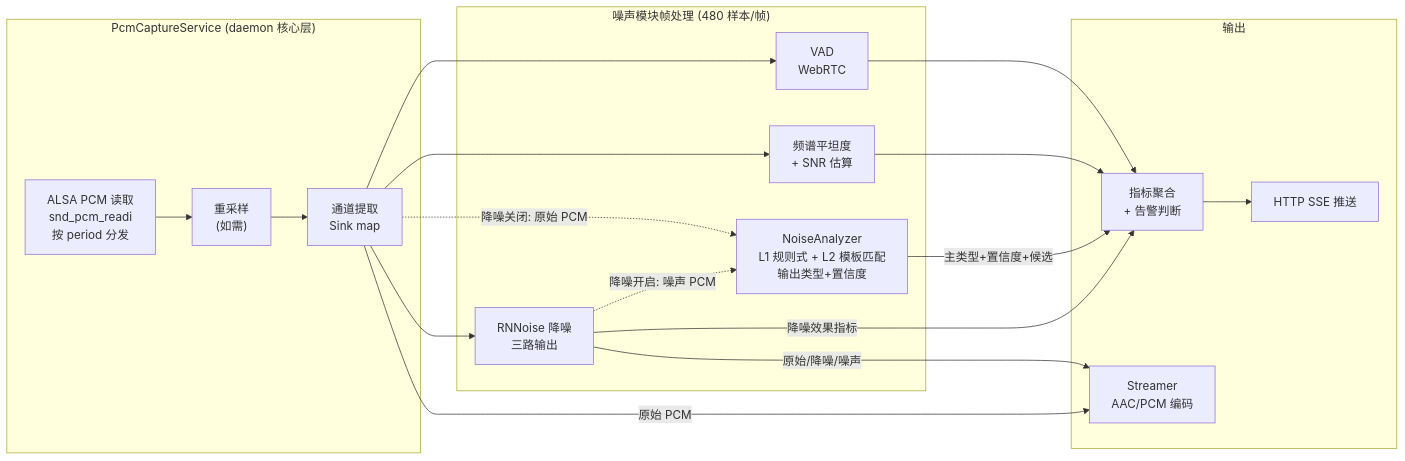
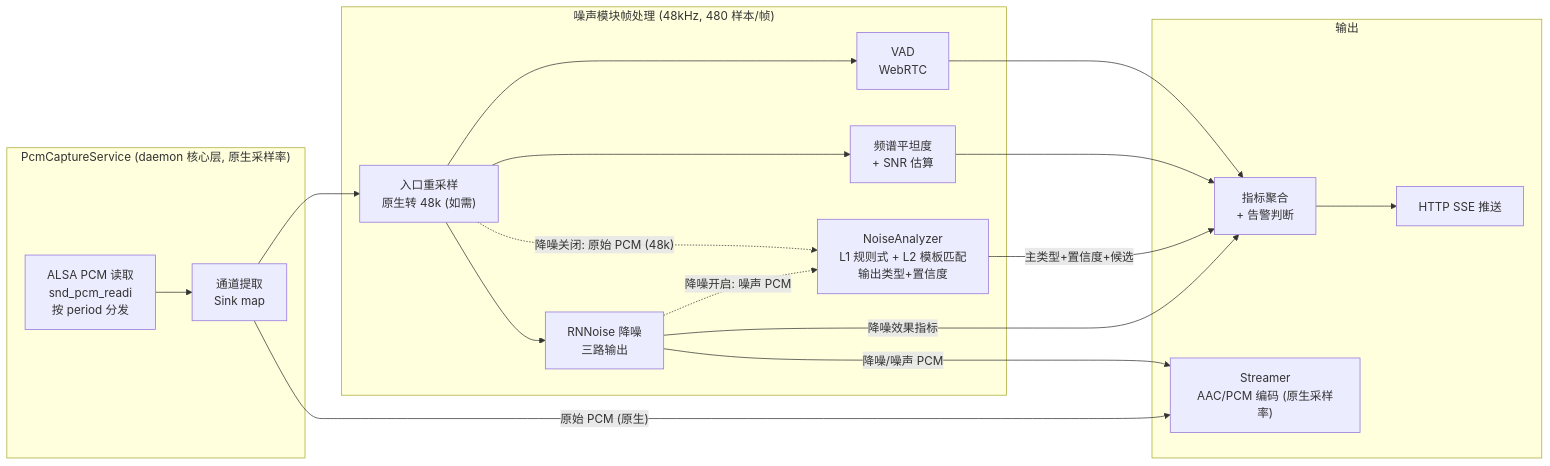
One commit to JunJunHub/aes67-linux-daemon changed the sixth of 6 diagrams in docs/noise/architecture-design.md. Above: the diagram before and after it, drawn with Mermaid. The commit also changed other lines of this file and 2 other files, not shown here.

````diff
--- a/docs/noise/architecture-design.md
+++ b/docs/noise/architecture-design.md
@@ -994,35 +1069,36 @@
 ```mermaid
 flowchart LR
-    subgraph 截取["PcmCaptureService (daemon 核心层)"]
+    subgraph 截取["PcmCaptureService (daemon 核心层, 原生采样率)"]
         ALSA_R["ALSA PCM 读取<br/>snd_pcm_readi<br/>按 period 分发"]
-        RESAMPLE["重采样<br/>(如需)"]
         CH_EXTRACT["通道提取<br/>Sink map"]
-        ALSA_R --> RESAMPLE --> CH_EXTRACT
+        ALSA_R --> CH_EXTRACT
     end
 
-    subgraph 并行处理["噪声模块帧处理 (480 样本/帧)"]
+    subgraph 并行处理["噪声模块帧处理 (48kHz, 480 样本/帧)"]
+        RESAMPLE["入口重采样<br/>原生转 48k (如需)"]
         VAD["VAD<br/>WebRTC"]
         SF["频谱平坦度<br/>+ SNR 估算"]
         RNN["RNNoise 降噪<br/>三路输出"]
         ANA["NoiseAnalyzer<br/>L1 规则式 + L2 模板匹配<br/>输出类型+置信度"]
     end
 
     subgraph 输出["输出"]
         METRICS["指标聚合<br/>+ 告警判断"]
         HTTP_SSE["HTTP SSE 推送"]
-        STR_OUT["Streamer<br/>AAC/PCM 编码"]
+        STR_OUT["Streamer<br/>AAC/PCM 编码 (原生采样率)"]
     end
 
-    CH_EXTRACT --> VAD
-    CH_EXTRACT --> SF
-    CH_EXTRACT --> RNN
-    CH_EXTRACT -.->|"降噪关闭: 原始 PCM"| ANA
+    CH_EXTRACT --> RESAMPLE
+    RESAMPLE --> VAD
+    RESAMPLE --> SF
+    RESAMPLE --> RNN
+    RESAMPLE -.->|"降噪关闭: 原始 PCM (48k)"| ANA
     RNN -.->|"降噪开启: 噪声 PCM"| ANA
     VAD --> METRICS
     SF --> METRICS
     ANA -->|"主类型+置信度+候选"| METRICS
     RNN -->|"降噪效果指标"| METRICS
-    RNN -->|"原始/降噪/噪声"| STR_OUT
-    CH_EXTRACT -->|"原始 PCM"| STR_OUT
+    RNN -->|"降噪/噪声 PCM"| STR_OUT
+    CH_EXTRACT -->|"原始 PCM (原生)"| STR_OUT
     METRICS --> HTTP_SSE
 ```
````
